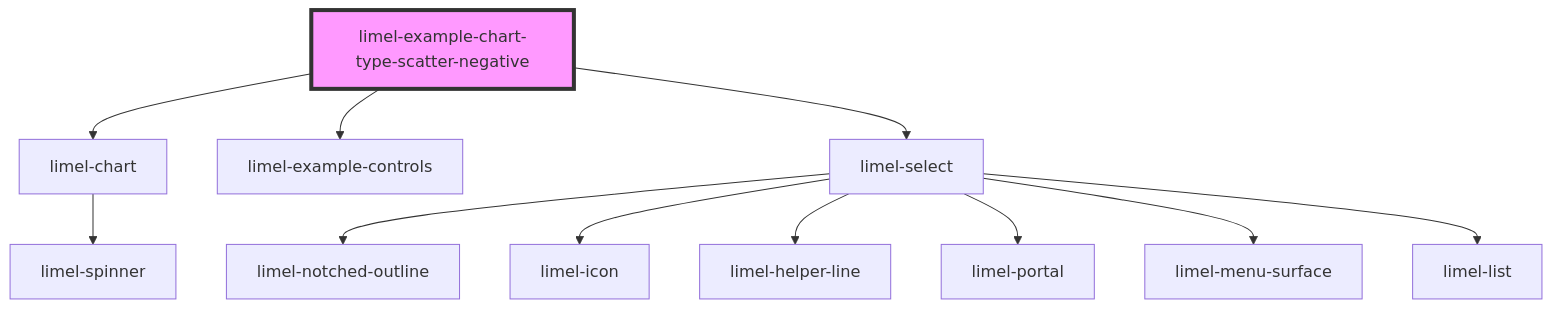
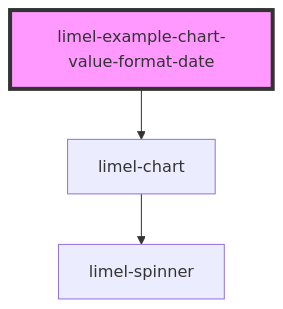
One commit to Lundalogik/lime-elements changed the diagram in versions/PR-4241/markdown-docs/components/chart/examples/readme.md. Above: the diagram before and after it, drawn with Mermaid. The commit also changed other lines of this file and 621 other files, not shown here.

````diff
--- a/versions/PR-4241/markdown-docs/components/chart/examples/readme.md
+++ b/versions/PR-4241/markdown-docs/components/chart/examples/readme.md
@@ -25,14 +29,6 @@
 ```mermaid
 graph TD;
-  limel-example-chart-type-scatter-negative --> limel-chart
-  limel-example-chart-type-scatter-negative --> limel-example-controls
-  limel-example-chart-type-scatter-negative --> limel-select
+  limel-example-chart-value-format-date --> limel-chart
   limel-chart --> limel-spinner
-  limel-select --> limel-notched-outline
-  limel-select --> limel-icon
-  limel-select --> limel-helper-line
-  limel-select --> limel-portal
-  limel-select --> limel-menu-surface
-  limel-select --> limel-list
-  style limel-example-chart-type-scatter-negative fill:#f9f,stroke:#333,stroke-width:4px
+  style limel-example-chart-value-format-date fill:#f9f,stroke:#333,stroke-width:4px
 ```
````
